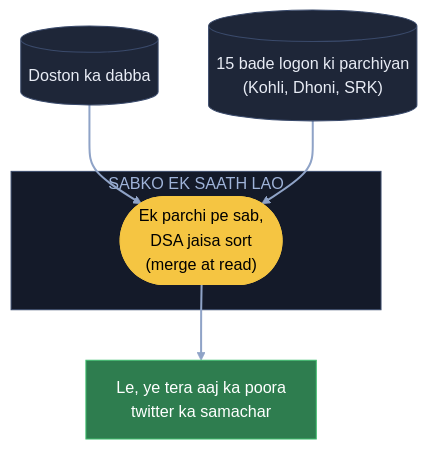
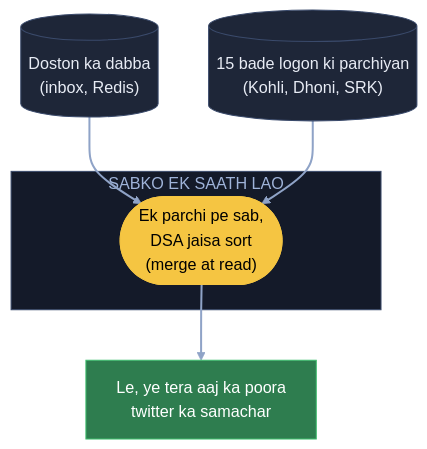
One commit to ArpanMaheshwari144/Prep changed the third of 21 diagrams in 04_HLD/SYSTEM_DESIGNS/03_twitter_feed/03_twitter_feed.md. Above: the diagram before and after it, drawn with Mermaid. The commit also changed other lines of this file and 20 other files, not shown here.

Commit message:
HLD main files: diagram me kahani shabd + bracket me asli naam (21 design, 182 label)

````diff
--- a/04_HLD/SYSTEM_DESIGNS/03_twitter_feed/03_twitter_feed.md
+++ b/04_HLD/SYSTEM_DESIGNS/03_twitter_feed/03_twitter_feed.md
@@ -158,18 +158,18 @@
 ```mermaid
 flowchart TB
-    IN[("Doston ka dabba")]:::card
+    IN[("Doston ka dabba<br/>(inbox, Redis)")]:::card
     P[("15 bade logon ki parchiyan<br/>(Kohli, Dhoni, SRK)")]:::card
     subgraph EK["SABKO EK SAATH LAO"]
         M(["Ek parchi pe sab,<br/>DSA jaisa sort<br/>(merge at read)"]):::pill
     end
     R["Le, ye tera aaj ka poora<br/>twitter ka samachar"]:::good
     IN --> M
     P --> M
     M --> R
     linkStyle default stroke:#8fa3c7,stroke-width:2px
     classDef card fill:#1e2638,stroke:#3a4a6b,color:#e8ecf5
     classDef pill fill:#f5c542,stroke:#f5c542,color:#000
     classDef good fill:#2e7d4f,stroke:#3fbf6f,color:#fff
     classDef bad fill:#5c1f24,stroke:#e05561,color:#fff
     style EK fill:#141a29,stroke:#3a4a6b,color:#9fb3d9
 ```
````
